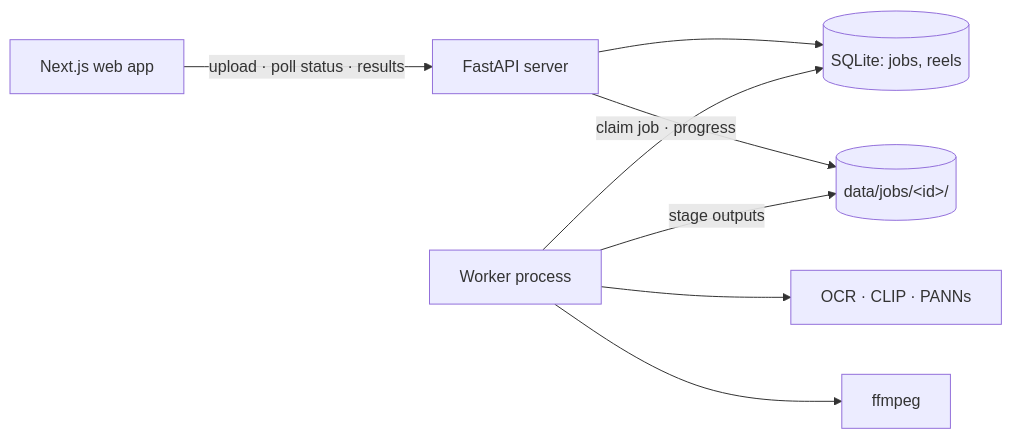
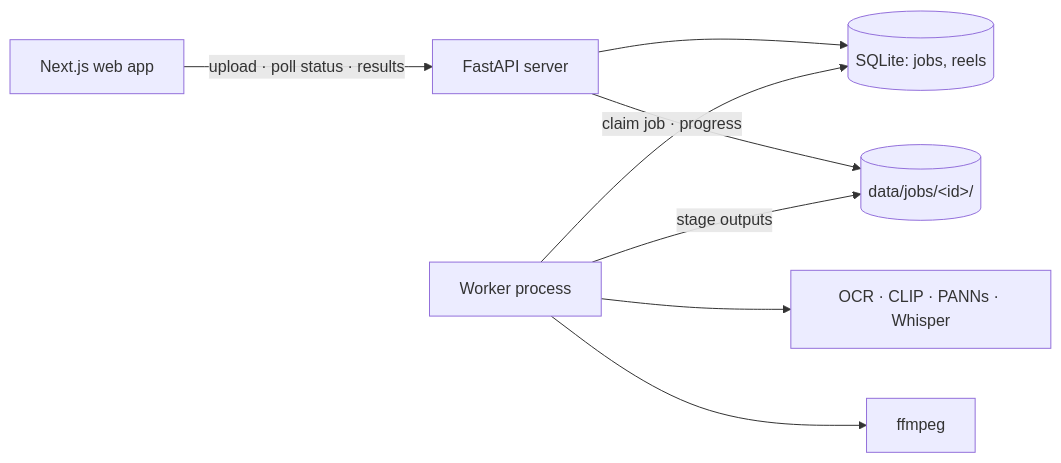
The diagram in docs/ARCHITECTURE.md (RahmanShariff10/reel), drawn with Mermaid before and after one commit. The commit also changed other lines of this file and 63 other files, not shown here.

````diff
--- a/docs/ARCHITECTURE.md
+++ b/docs/ARCHITECTURE.md
@@ -24,10 +27,10 @@
 ```mermaid
 flowchart LR
     UI[Next.js web app] -->|upload · poll status · results| API[FastAPI server]
     API --> DB[(SQLite: jobs, reels)]
     API --> FS[(data/jobs/&lt;id&gt;/)]
     W[Worker process] -->|claim job · progress| DB
     W -->|stage outputs| FS
-    W --> M[OCR · CLIP · PANNs]
+    W --> M[OCR · CLIP · PANNs · Whisper]
     W --> FF[ffmpeg]
 ```
````
